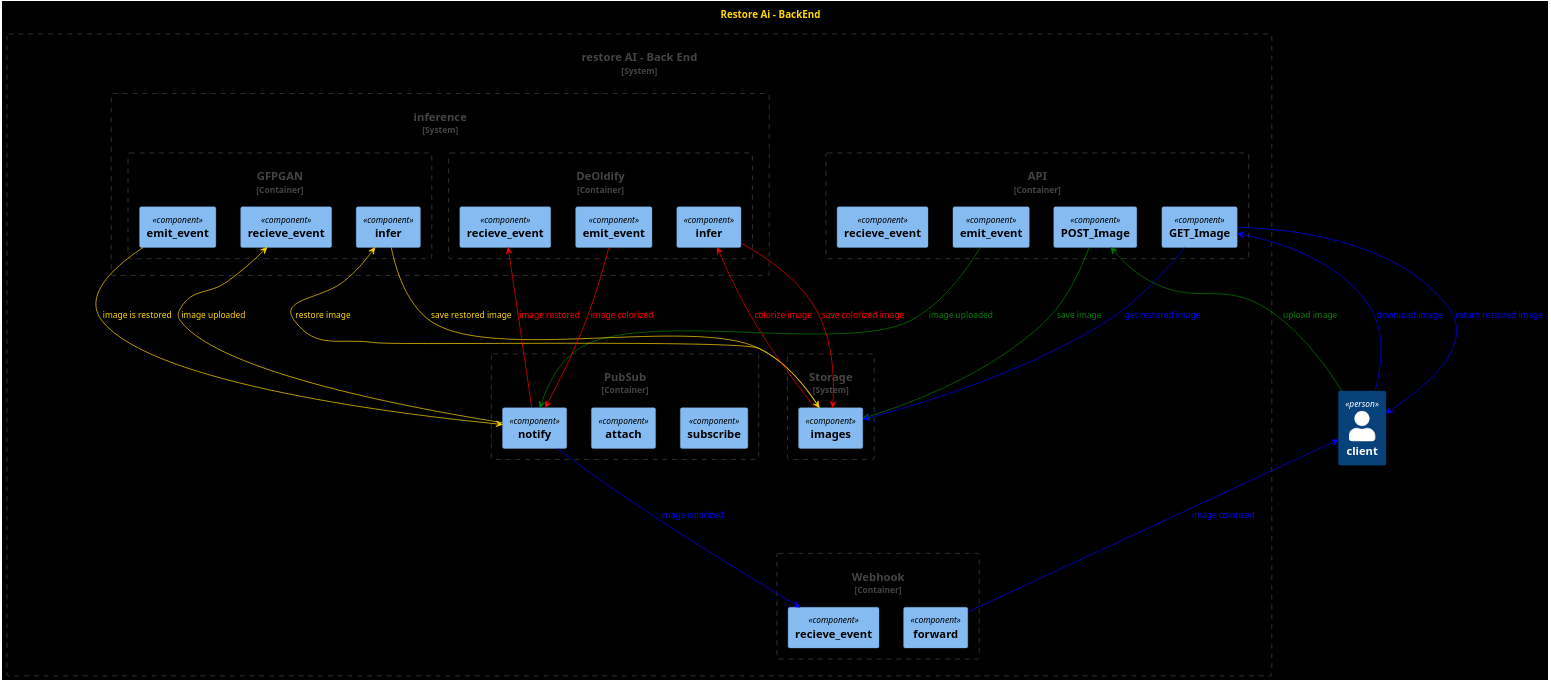
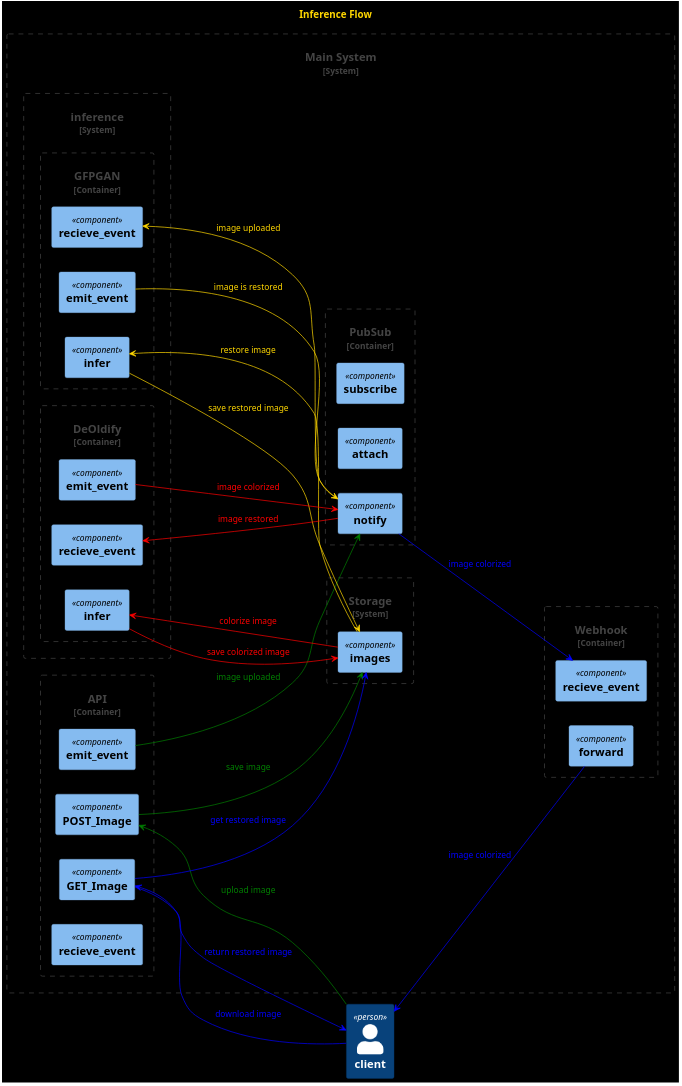
The diagram in planning/inference-flow.puml (maxamed1st/restoreai-py), drawn with PlantUML before and after one commit. The commit also changed 1 other file, not shown here.

Commit message:
planning/ rename main system and use portrait layout

```diff
--- a/planning/inference-flow.puml
+++ b/planning/inference-flow.puml
@@ -1,84 +1,86 @@
 @startuml inference-flow
 
-title Restore Ai - BackEnd
+title Inference Flow
 
 set separator none
 
 !include <C4/C4>
 !include <C4/C4_Context>
 !include <C4/C4_Component>
 
+left to right direction
+
 skinparam BackgroundColor black
 skinparam DefaultFontColor gold
 
 Person(client, "client")
 
-System_Boundary(backend, "restore AI - Back End") {
+System_Boundary(mainSystem, "Main System") {
 
   Container_Boundary(api, "API") {
     Component(api.postImg, "POST_Image")
     Component(api.getImg, "GET_Image")
     Component(api.emit, "emit_event")
     Component(api.recieve, "recieve_event")
   }
 
   Container_Boundary(pubsub, "PubSub") {
     Component(pubsub.susbscribe, "subscribe")
     Component(pubsub.attach, "attach")
     Component(pubsub.notify, "notify")
   }
 
   Container_Boundary(webhook, "Webhook") {
     Component(webhook.recieve, "recieve_event")
     Component(webhook.forward, "forward")
   }
 
   System_Boundary(storage, "Storage") {
     Component(storage.images, "images")
   }
 
   System_Boundary(inference, "inference") {
     Container_Boundary(gfpgan, "GFPGAN") {
       Component(gfpgan.recieve, "recieve_event")
       Component(gfpgan.infer, "infer")
       Component(gfpgan.emit, "emit_event")
     }
 
     Container_Boundary(DeOldify, "DeOldify") {
       Component(DeOldify.recieve, "recieve_event")
       Component(DeOldify.infer, "infer")
       Component(DeOldify.emit, "emit_event")
     }
   }
 
   'upload image
   skinparam ArrowFontColor green
   skinparam ArrowColor green
   client ---> api.postImg: "upload image"
   api.postImg ---> storage.images: "save image"
   api.emit ---> pubsub.notify: "image uploaded"
   'restore image
   skinparam ArrowFontColor gold
   skinparam ArrowColor gold
   pubsub.notify ---> gfpgan.recieve: "image uploaded"
   gfpgan.infer <--- storage.images: "restore image"
   gfpgan.infer ---> storage.images: "save restored image"
   gfpgan.emit ---> pubsub.notify: "image is restored"
   'colorize image
   skinparam ArrowFontColor red
   skinparam ArrowColor red
   pubsub.notify ---> DeOldify.recieve: "image restored"
   DeOldify.infer <--- storage.images: "colorize image"
   DeOldify.infer ---> storage.images: "save colorized image"
   DeOldify.emit ---> pubsub.notify: "image colorized"
   'return restored image to client
   skinparam ArrowFontColor blue
   skinparam ArrowColor blue
   pubsub.notify ---> webhook.recieve: "image colorized"
   webhook.forward ---> client: "image colorized"
   client ---> api.getImg: "download image"
   api.getImg ---> storage.images: "get restored image"
   api.getImg ---> client: "return restored image"
 }
 
 @enduml
```
